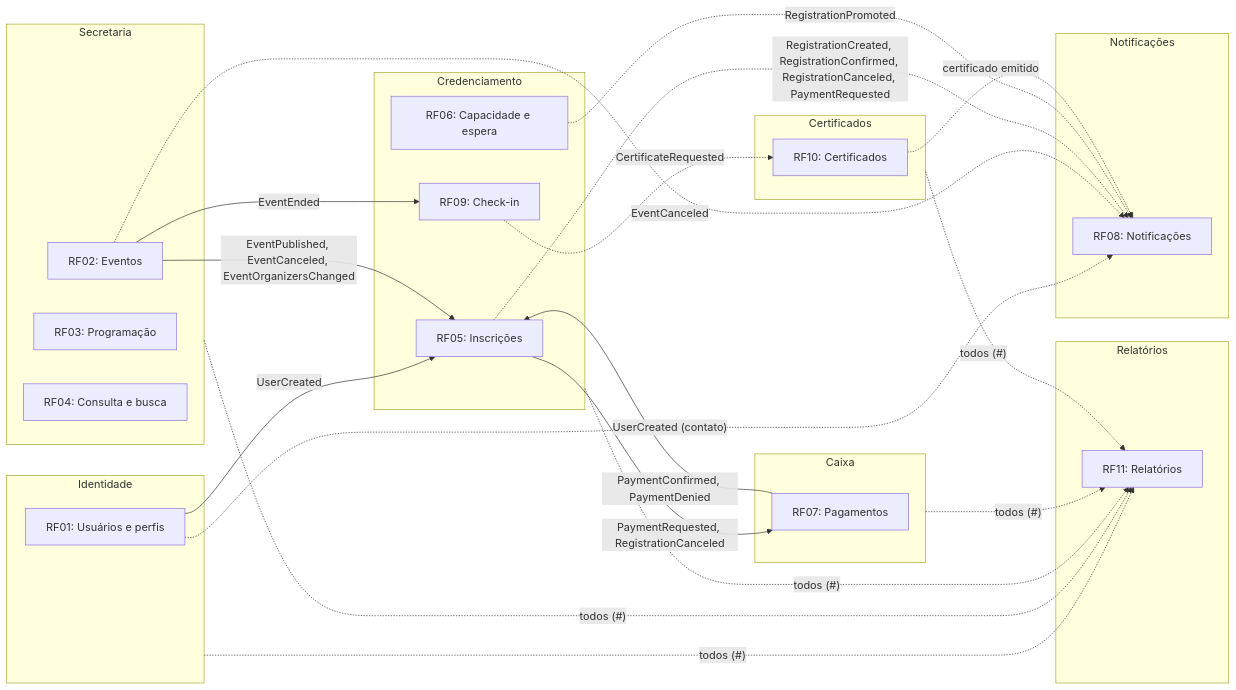
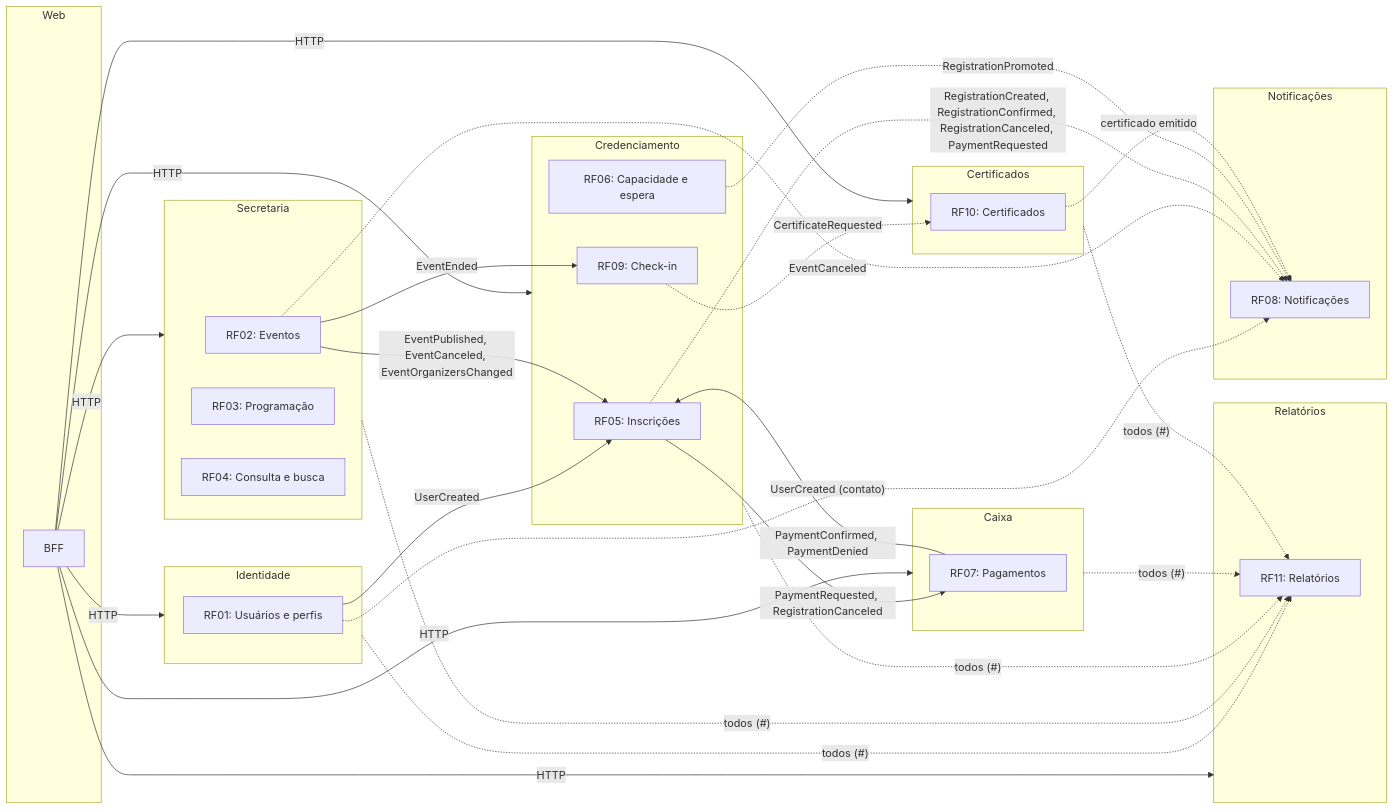
One commit to macaroots/EventHub changed the diagram in docs/diagrams/arquitetura.md. Above: the diagram before and after it, drawn with Mermaid. The commit also changed 22 other files, not shown here.

````diff
--- a/docs/diagrams/arquitetura.md
+++ b/docs/diagrams/arquitetura.md
@@ -1,57 +1,61 @@
 ```mermaid
 ---
 config:
   layout: dagre
 ---
 flowchart LR
     RF01[RF01: Usuários e perfis]
     RF02[RF02: Eventos]
     RF03[RF03: Programação]
     RF04[RF04: Consulta e busca]
     RF05[RF05: Inscrições]
     RF06[RF06: Capacidade e espera]
     RF07[RF07: Pagamentos]
     RF08[RF08: Notificações]
     RF09[RF09: Check-in]
     RF10[RF10: Certificados]
     RF11[RF11: Relatórios]
+    subgraph Web
+        BFF
+    end
     subgraph Identidade
         RF01
     end
     subgraph Secretaria
         RF02
         RF03
         RF04
     end
     subgraph Certificados
         RF10
     end
     subgraph Credenciamento
         RF05
         RF06
         RF09
     end
     subgraph Relatórios
         RF11
     end
     subgraph Caixa
       RF07
     end
     subgraph Notificações
       RF08
     end
     %% A --> B: A emite um evento que B consome. Dependências dentro de um mesmo serviço não aparecem.
     %% Linha tracejada: consumidor ainda não implementado (Notificações, Certificados, Relatórios).
+    BFF -- HTTP --> Identidade & Secretaria & Credenciamento & Caixa & Certificados & Relatórios
     RF01 -- UserCreated --> RF05
     RF01 -. "UserCreated (contato)" .-> RF08
     RF02 -- "EventPublished, EventCanceled, EventOrganizersChanged" --> RF05
     RF02 -- EventEnded --> RF09
     RF02 -. EventCanceled .-> RF08
     RF05 -- "PaymentRequested, RegistrationCanceled" --> RF07
     RF07 -- "PaymentConfirmed, PaymentDenied" --> RF05
     RF05 -. "RegistrationCreated, RegistrationConfirmed, RegistrationCanceled, PaymentRequested" .-> RF08
     RF06 -. RegistrationPromoted .-> RF08
     RF09 -. CertificateRequested .-> RF10
     RF10 -. "certificado emitido" .-> RF08
     Identidade & Secretaria & Credenciamento & Caixa & Certificados -. "todos (#)" .-> RF11
 ```
````
